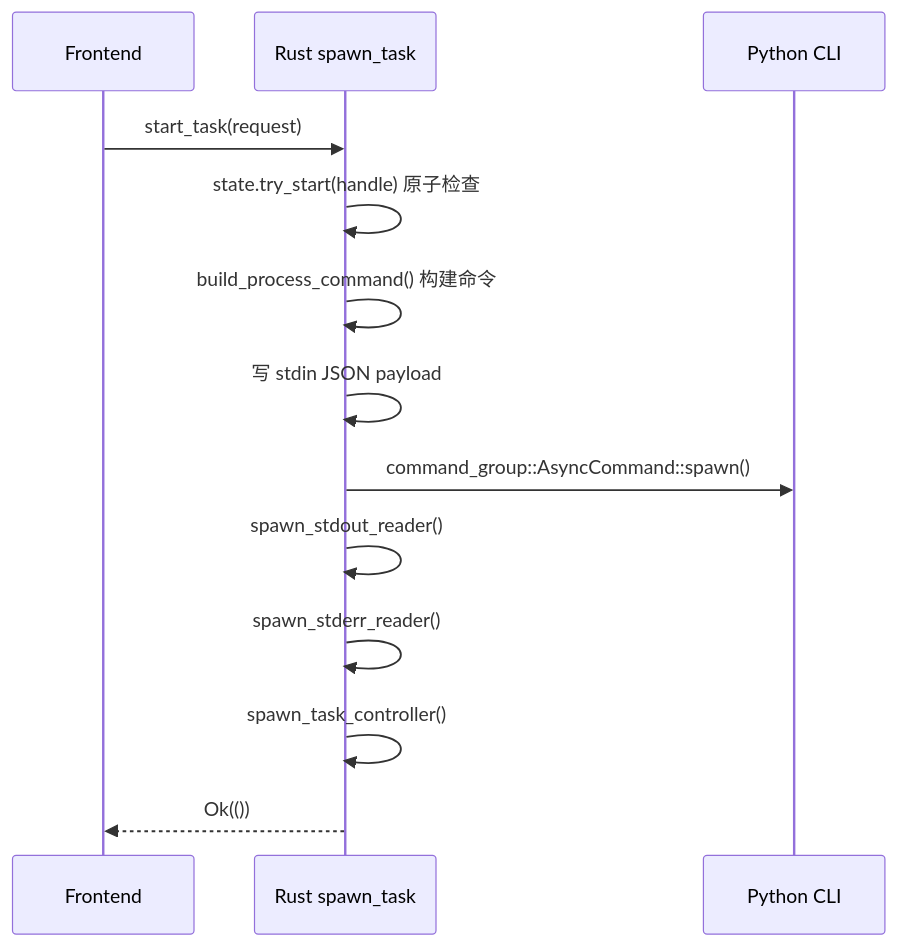
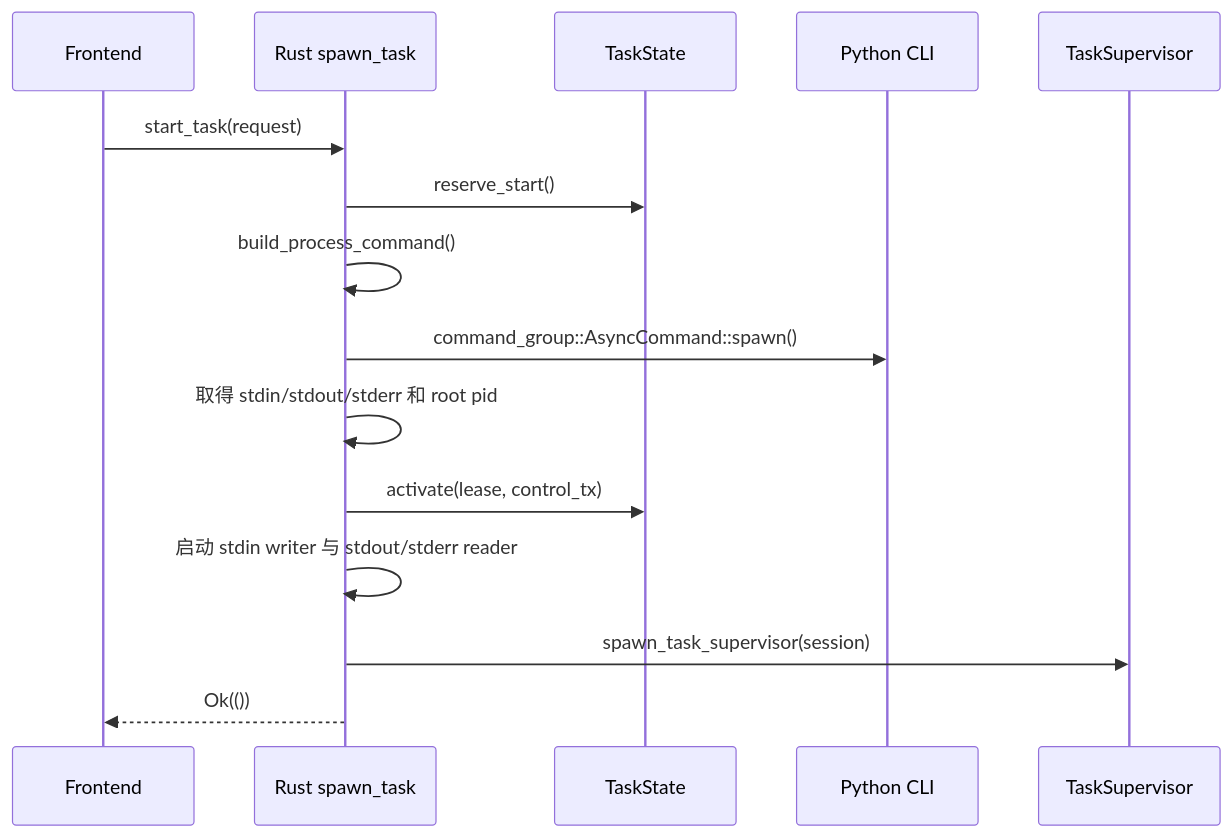
One commit to youge325/vp changed the fourth of 5 diagrams in docs/03-rust-shell-architecture.md. Above: the diagram before and after it, drawn with Mermaid. The commit also changed other lines of this file and 14 other files, not shown here.

````diff
--- a/docs/03-rust-shell-architecture.md
+++ b/docs/03-rust-shell-architecture.md
@@ -129,16 +135,18 @@
 ```mermaid
 sequenceDiagram
     participant Frontend
     participant Rust as Rust spawn_task
+    participant State as TaskState
     participant Python as Python CLI
+    participant Supervisor as TaskSupervisor
 
     Frontend->>Rust: start_task(request)
-    Rust->>Rust: state.try_start(handle) 原子检查
-    Rust->>Rust: build_process_command() 构建命令
-    Rust->>Rust: 写 stdin JSON payload
+    Rust->>State: reserve_start()
+    Rust->>Rust: build_process_command()
     Rust->>Python: command_group::AsyncCommand::spawn()
-    Rust->>Rust: spawn_stdout_reader()
-    Rust->>Rust: spawn_stderr_reader()
-    Rust->>Rust: spawn_task_controller()
+    Rust->>Rust: 取得 stdin/stdout/stderr 和 root pid
+    Rust->>State: activate(lease, control_tx)
+    Rust->>Rust: 启动 stdin writer 与 stdout/stderr reader
+    Rust->>Supervisor: spawn_task_supervisor(session)
     Rust-->>Frontend: Ok(())
 ```
````
